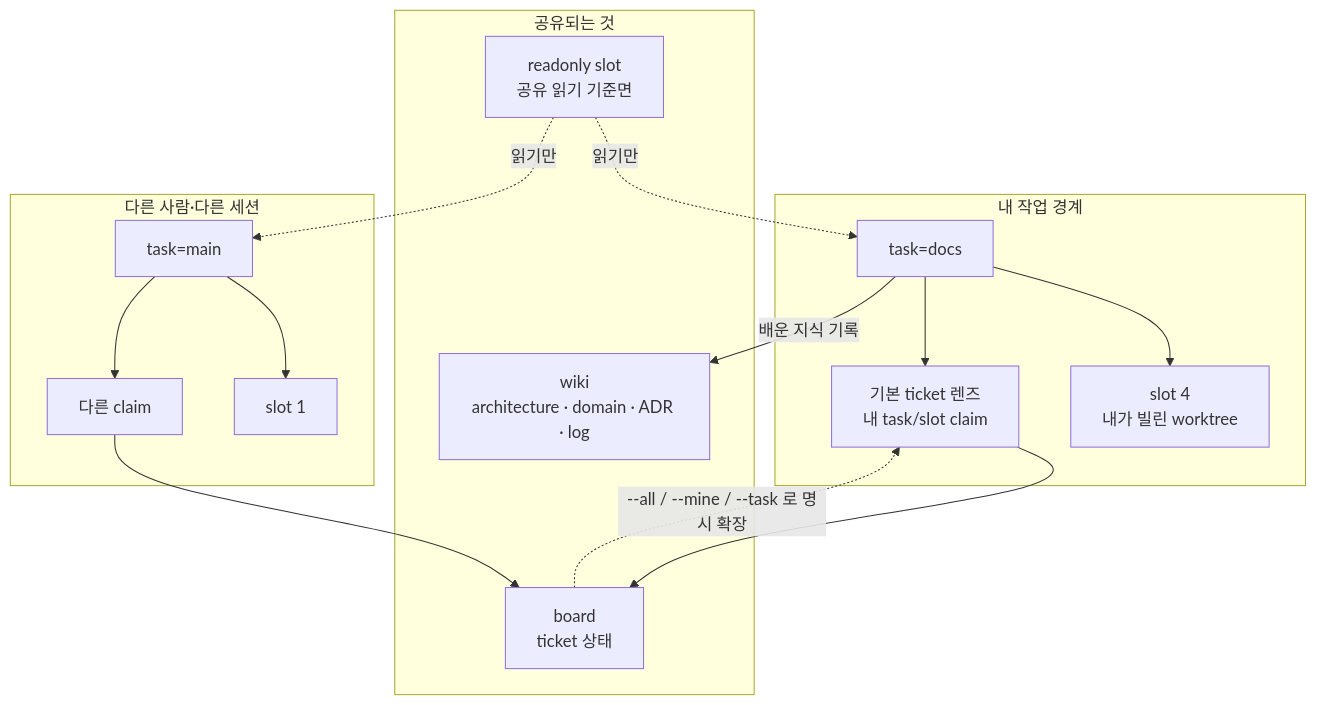
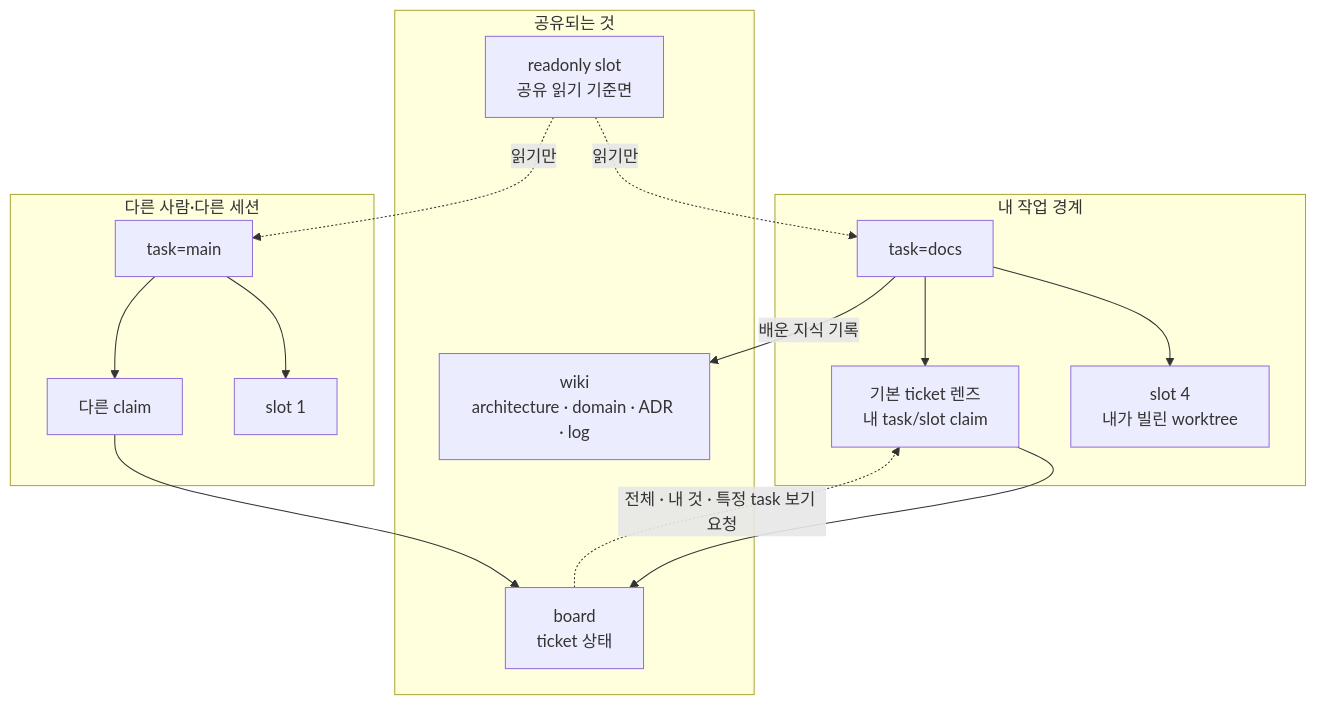
The tenth of 12 diagrams in README.md (sumin-ahn/project_manager), drawn with Mermaid before and after one commit. The commit also changed other lines of this file, not shown here.

````diff
--- a/README.md
+++ b/README.md
@@ -493,31 +366,31 @@
 ```mermaid
 flowchart TB
     subgraph Mine["내 작업 경계"]
         MyTask["task=docs"]
         MySlot["slot 4<br/>내가 빌린 worktree"]
         MyTickets["기본 ticket 렌즈<br/>내 task/slot claim"]
     end
 
     subgraph Shared["공유되는 것"]
         Board["board<br/>ticket 상태"]
         Wiki["wiki<br/>architecture · domain · ADR · log"]
         Readonly["readonly slot<br/>공유 읽기 기준면"]
     end
 
     subgraph Others["다른 사람·다른 세션"]
         OtherTask["task=main"]
         OtherSlot["slot 1"]
         OtherTickets["다른 claim"]
     end
 
     MyTask --> MySlot
     MyTask --> MyTickets
     MyTickets --> Board
     MyTask -->|배운 지식 기록| Wiki
     Readonly -. 읽기만 .-> MyTask
     Readonly -. 읽기만 .-> OtherTask
     OtherTask --> OtherSlot
     OtherTask --> OtherTickets
     OtherTickets --> Board
-    Board -. "--all / --mine / --task 로 명시 확장" .-> MyTickets
+    Board -. "전체 · 내 것 · 특정 task 보기 요청" .-> MyTickets
 ```
````
